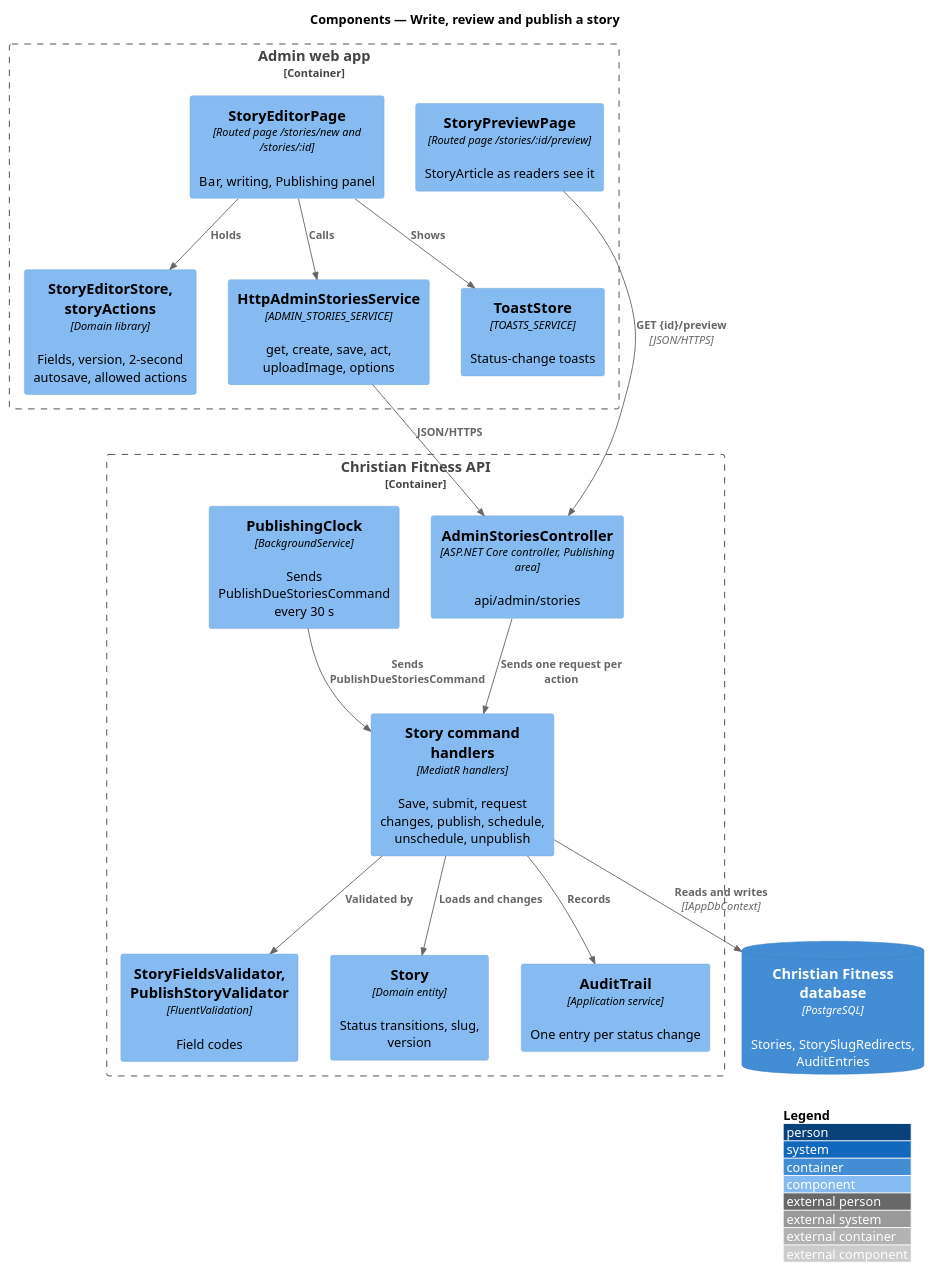
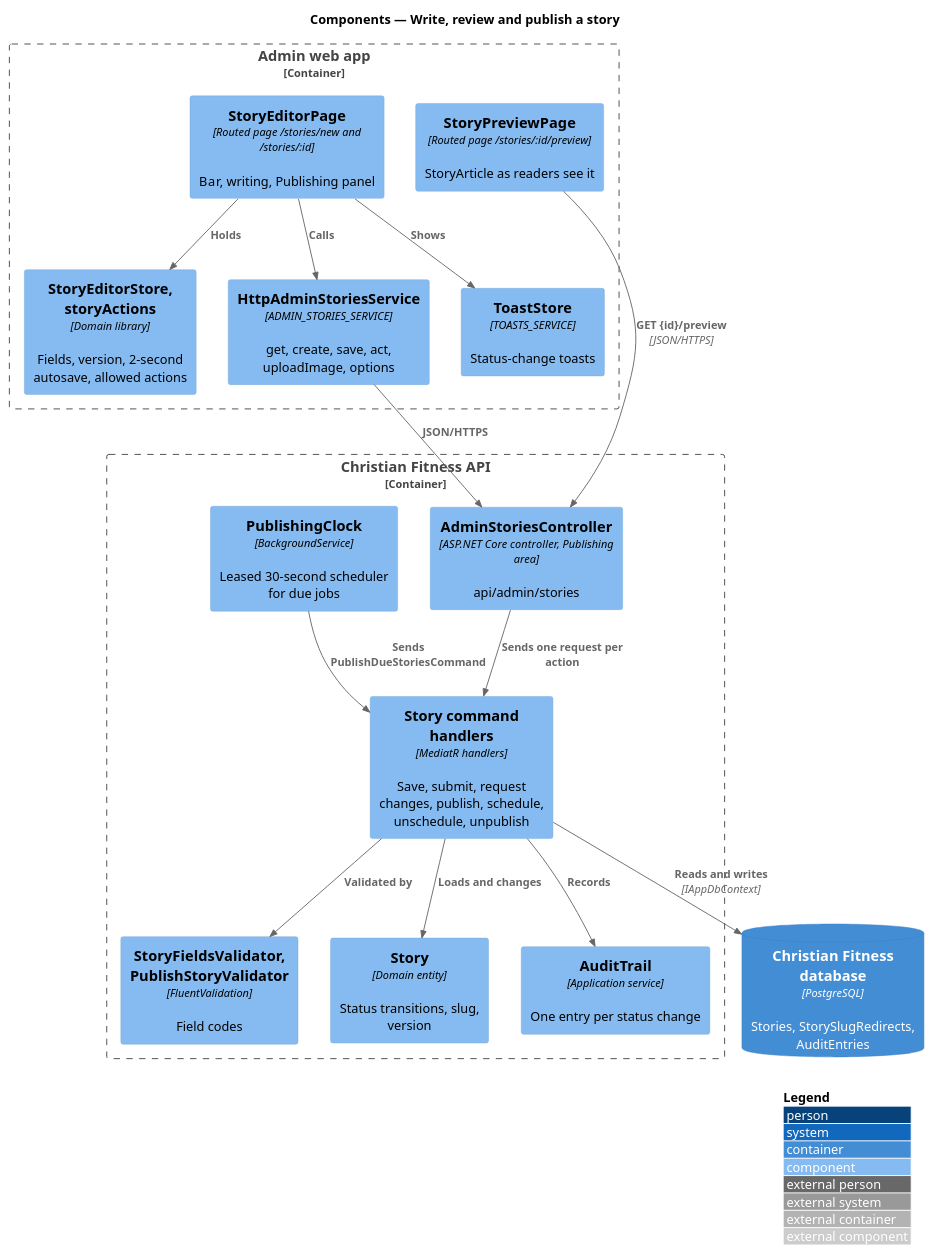
Before and after one commit to QuinntyneBrown/christian-fitness: the diagram in docs/detailed-designs/publishing/write-review-publish-story/diagrams/c4-component.puml, drawn with PlantUML. The commit also changed 33 other files, not shown here.

```diff
--- a/docs/detailed-designs/publishing/write-review-publish-story/diagrams/c4-component.puml
+++ b/docs/detailed-designs/publishing/write-review-publish-story/diagrams/c4-component.puml
@@ -1,33 +1,33 @@
 @startuml
 !include <C4/C4_Component>
 LAYOUT_WITH_LEGEND()
 title Components — Write, review and publish a story
 
 Container_Boundary(adminApp, "Admin web app") {
   Component(page, "StoryEditorPage", "Routed page /stories/new and /stories/:id", "Bar, writing, Publishing panel")
   Component(store, "StoryEditorStore, storyActions", "Domain library", "Fields, version, 2-second autosave, allowed actions")
   Component(client, "HttpAdminStoriesService", "ADMIN_STORIES_SERVICE", "get, create, save, act, uploadImage, options")
   Component(toasts, "ToastStore", "TOASTS_SERVICE", "Status-change toasts")
   Component(preview, "StoryPreviewPage", "Routed page /stories/:id/preview", "StoryArticle as readers see it")
 }
 Container_Boundary(api, "Christian Fitness API") {
   Component(ctrl, "AdminStoriesController", "ASP.NET Core controller, Publishing area", "api/admin/stories")
   Component(val, "StoryFieldsValidator, PublishStoryValidator", "FluentValidation", "Field codes")
   Component(cmds, "Story command handlers", "MediatR handlers", "Save, submit, request changes, publish, schedule, unschedule, unpublish")
   Component(ent, "Story", "Domain entity", "Status transitions, slug, version")
-  Component(clock, "PublishingClock", "BackgroundService", "Sends PublishDueStoriesCommand every 30 s")
+  Component(clock, "PublishingClock", "BackgroundService", "Leased 30-second scheduler for due jobs")
   Component(audit, "AuditTrail", "Application service", "One entry per status change")
 }
 ContainerDb(db, "Christian Fitness database", "PostgreSQL", "Stories, StorySlugRedirects, AuditEntries")
 Rel(page, store, "Holds")
 Rel(page, client, "Calls")
 Rel(page, toasts, "Shows")
 Rel(client, ctrl, "JSON/HTTPS")
 Rel(preview, ctrl, "GET {id}/preview", "JSON/HTTPS")
 Rel(ctrl, cmds, "Sends one request per action")
 Rel(cmds, val, "Validated by")
 Rel(cmds, ent, "Loads and changes")
 Rel(cmds, audit, "Records")
 Rel(clock, cmds, "Sends PublishDueStoriesCommand")
 Rel(cmds, db, "Reads and writes", "IAppDbContext")
 @enduml
```
